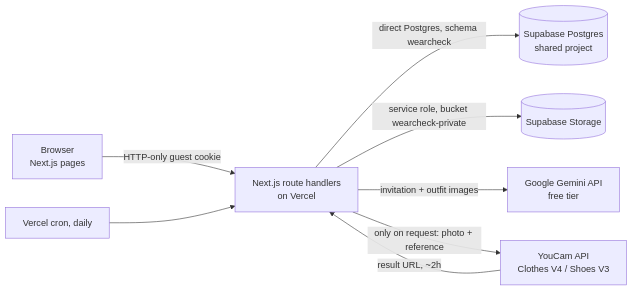
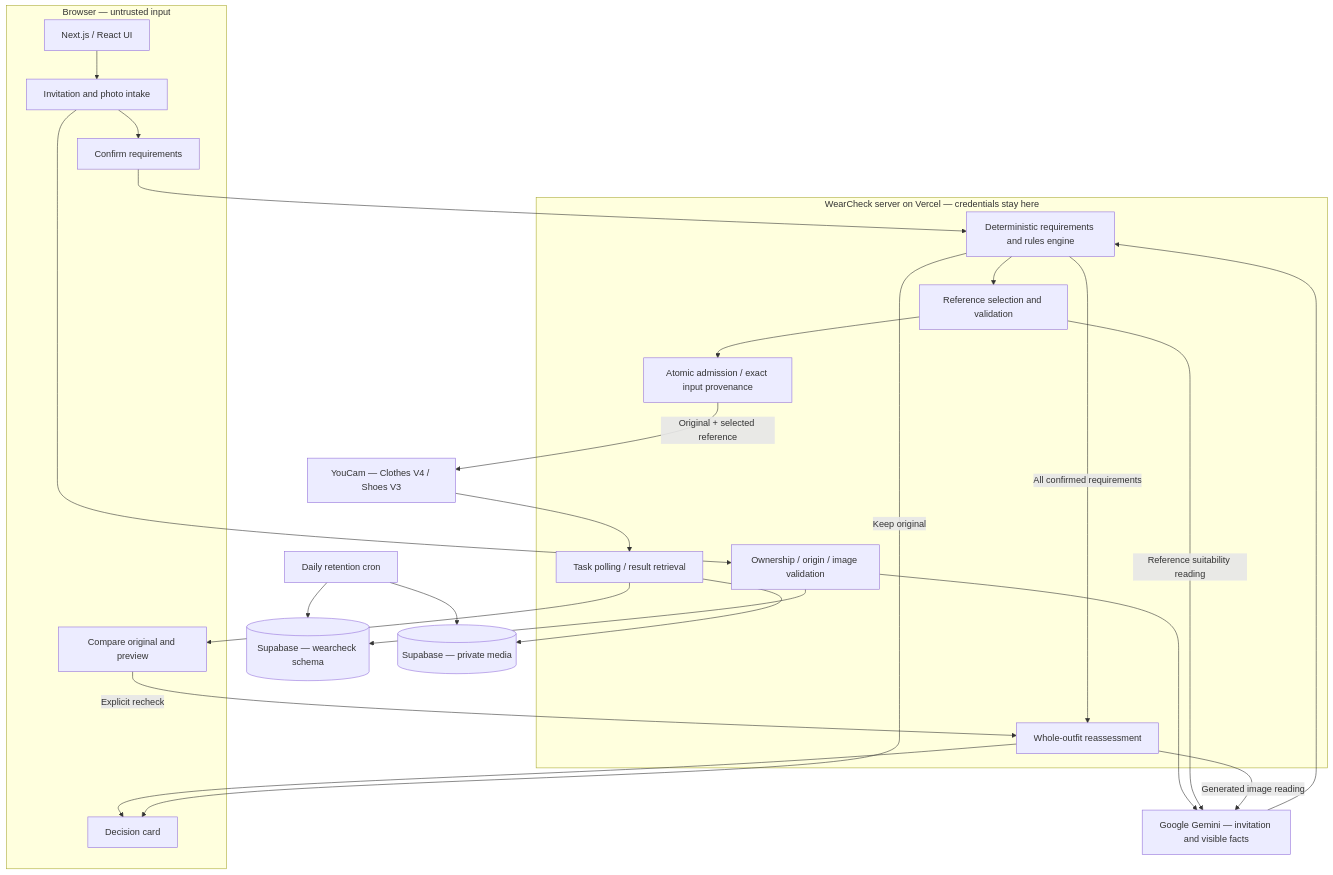
The diagram in README.md (TheWeirdDee/wearcheck), drawn with Mermaid before and after one commit. The commit also changed other lines of this file, not shown here.

````diff
--- a/README.md
+++ b/README.md
@@ -74,10 +101,38 @@
 ```mermaid
-flowchart LR
-  B[Browser<br/>Next.js pages] -->|HTTP-only guest cookie| API[Next.js route handlers<br/>on Vercel]
-  API -->|direct Postgres, schema wearcheck| PG[(Supabase Postgres<br/>shared project)]
-  API -->|service role, bucket wearcheck-private| ST[(Supabase Storage)]
-  API -->|invitation + outfit images| G[Google Gemini API<br/>free tier]
-  API -->|only on request: photo + reference| Y[YouCam API<br/>Clothes V4 / Shoes V3]
-  Y -->|result URL, ~2h| API
-  CRON[Vercel cron, daily] --> API
+flowchart TD
+  subgraph Browser[Browser — untrusted input]
+    UI[Next.js / React UI]
+    Intake[Invitation and photo intake]
+    Confirm[Confirm requirements]
+    Compare[Compare original and preview]
+    Card[Decision card]
+    UI --> Intake --> Confirm
+  end
+  subgraph Server[WearCheck server on Vercel — credentials stay here]
+    Access[Ownership / origin / image validation]
+    Rules[Deterministic requirements and rules engine]
+    Ref[Reference selection and validation]
+    Jobs[Atomic admission / exact input provenance]
+    Poll[Task polling / result retrieval]
+    Recheck[Whole-outfit reassessment]
+  end
+  Intake --> Access
+  Confirm --> Rules
+  Access --> G[Google Gemini — invitation and visible facts]
+  G --> Rules
+  Rules --> Ref
+  Ref -->|Reference suitability reading| G
+  Ref --> Jobs
+  Jobs -->|Original + selected reference| Y[YouCam — Clothes V4 / Shoes V3]
+  Y --> Poll
+  Access --> DB[(Supabase — wearcheck schema)]
+  Poll --> Media[(Supabase — private media)]
+  Poll --> Compare
+  Compare -->|Explicit recheck| Recheck
+  Recheck -->|Generated image reading| G
+  Rules -->|All confirmed requirements| Recheck
+  Recheck --> Card
+  Rules -->|Keep original| Card
+  Cron[Daily retention cron] --> DB
+  Cron --> Media
 ```
````
